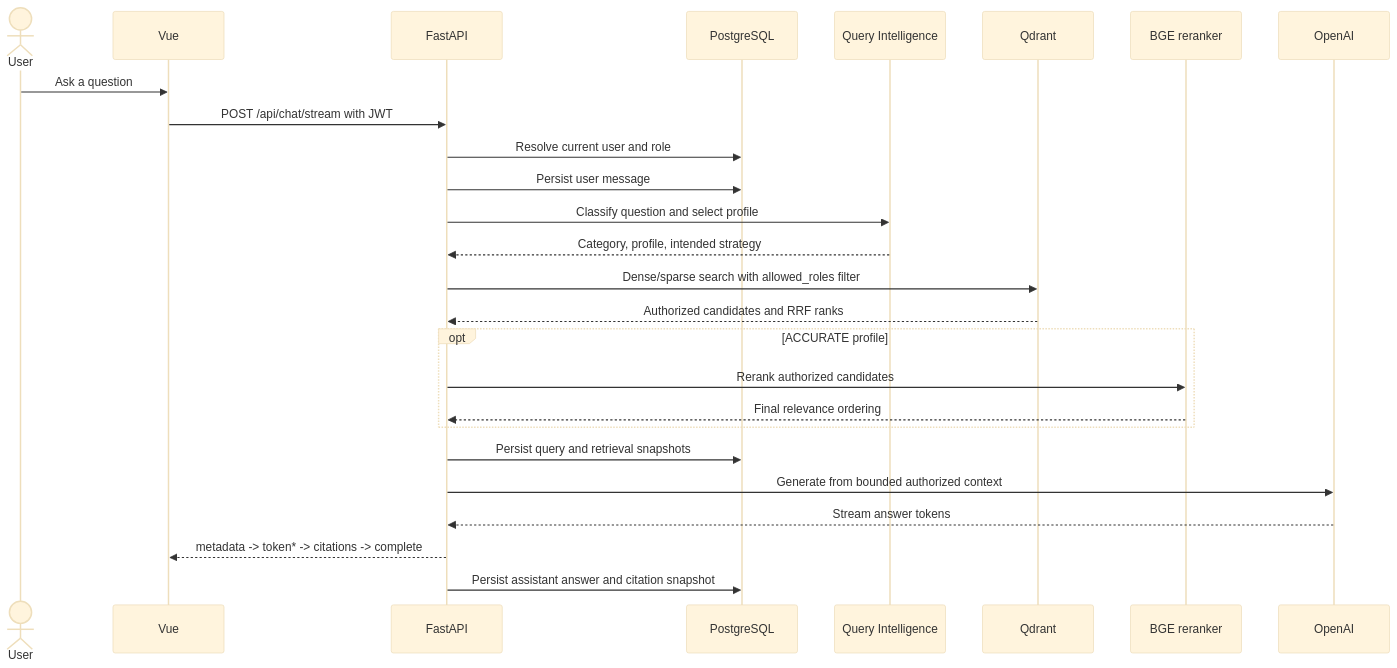
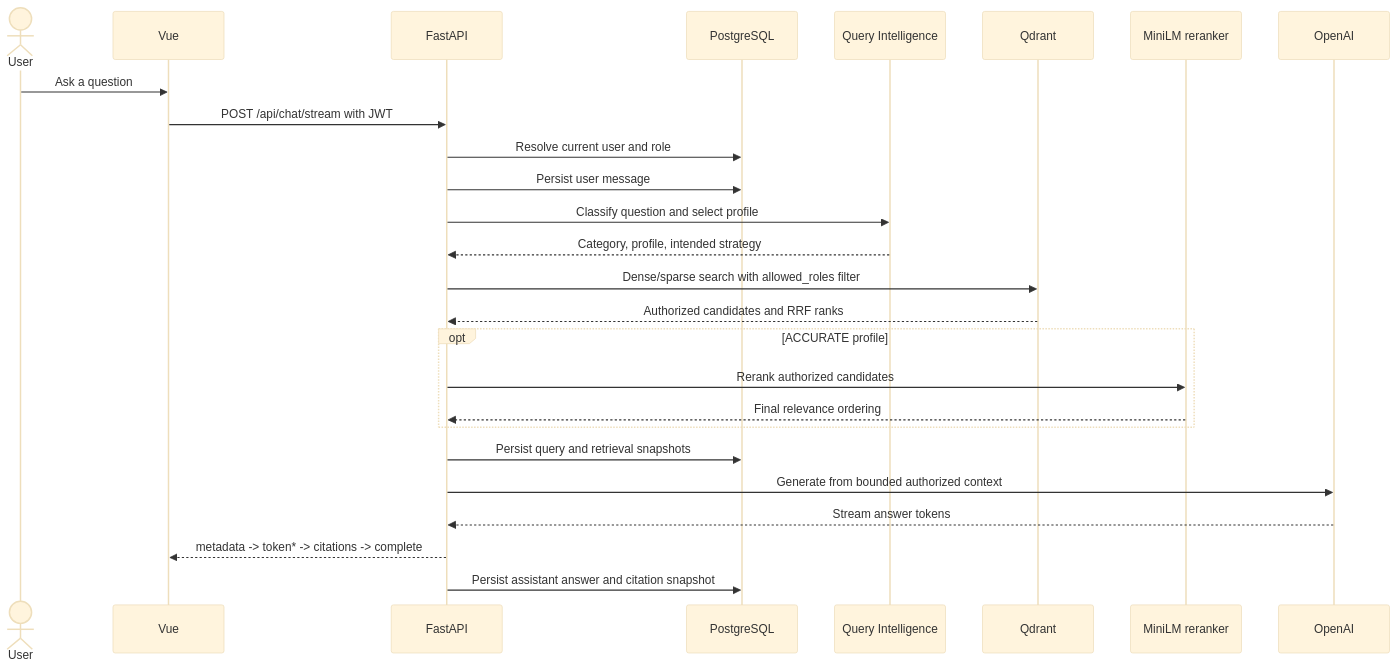
One commit to ajayk2515/contextiq changed the third of 7 diagrams in README.md. Above: the diagram before and after it, drawn with Mermaid (base theme). The commit also changed other lines of this file and 2 other files, not shown here.

Commit message:
fix: harden document recovery and reranker configuration

````diff
--- a/README.md
+++ b/README.md
@@ -231,29 +231,29 @@
 ```mermaid
 sequenceDiagram
     actor User
     participant Vue
     participant API as FastAPI
     participant PG as PostgreSQL
     participant QI as Query Intelligence
     participant Qdrant
-    participant Reranker as BGE reranker
+    participant Reranker as MiniLM reranker
     participant OpenAI
 
     User->>Vue: Ask a question
     Vue->>API: POST /api/chat/stream with JWT
     API->>PG: Resolve current user and role
     API->>PG: Persist user message
     API->>QI: Classify question and select profile
     QI-->>API: Category, profile, intended strategy
     API->>Qdrant: Dense/sparse search with allowed_roles filter
     Qdrant-->>API: Authorized candidates and RRF ranks
     opt ACCURATE profile
         API->>Reranker: Rerank authorized candidates
         Reranker-->>API: Final relevance ordering
     end
     API->>PG: Persist query and retrieval snapshots
     API->>OpenAI: Generate from bounded authorized context
     OpenAI-->>API: Stream answer tokens
     API-->>Vue: metadata -> token* -> citations -> complete
     API->>PG: Persist assistant answer and citation snapshot
 ```
````
